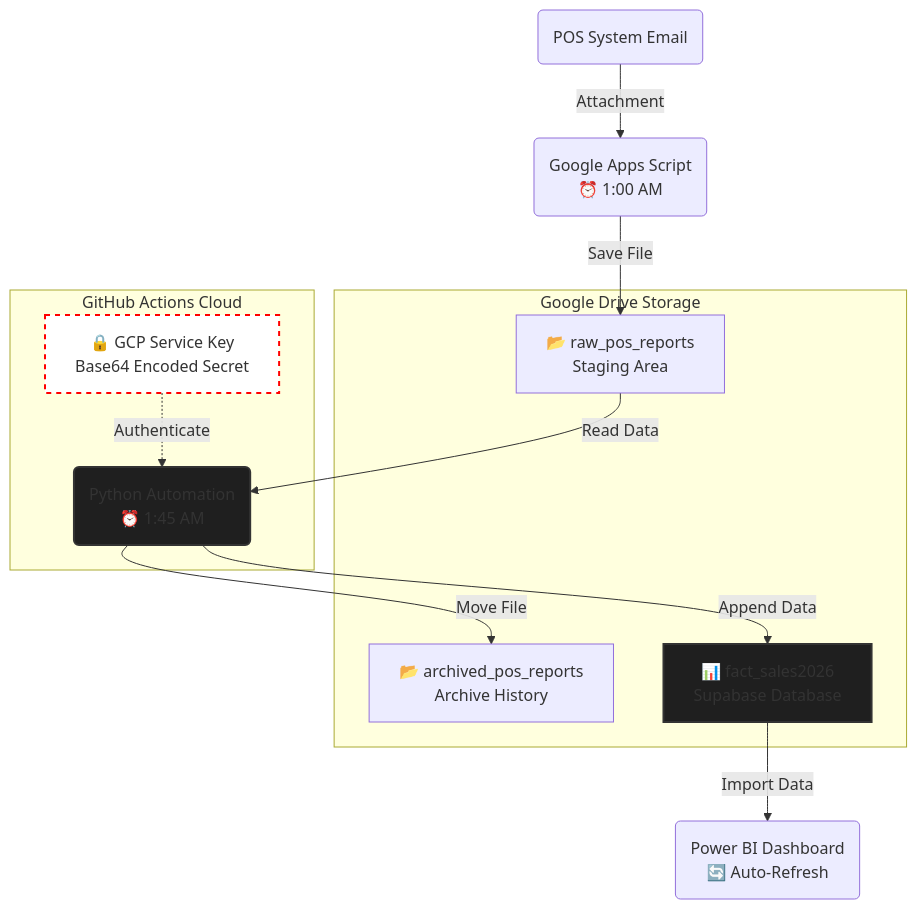
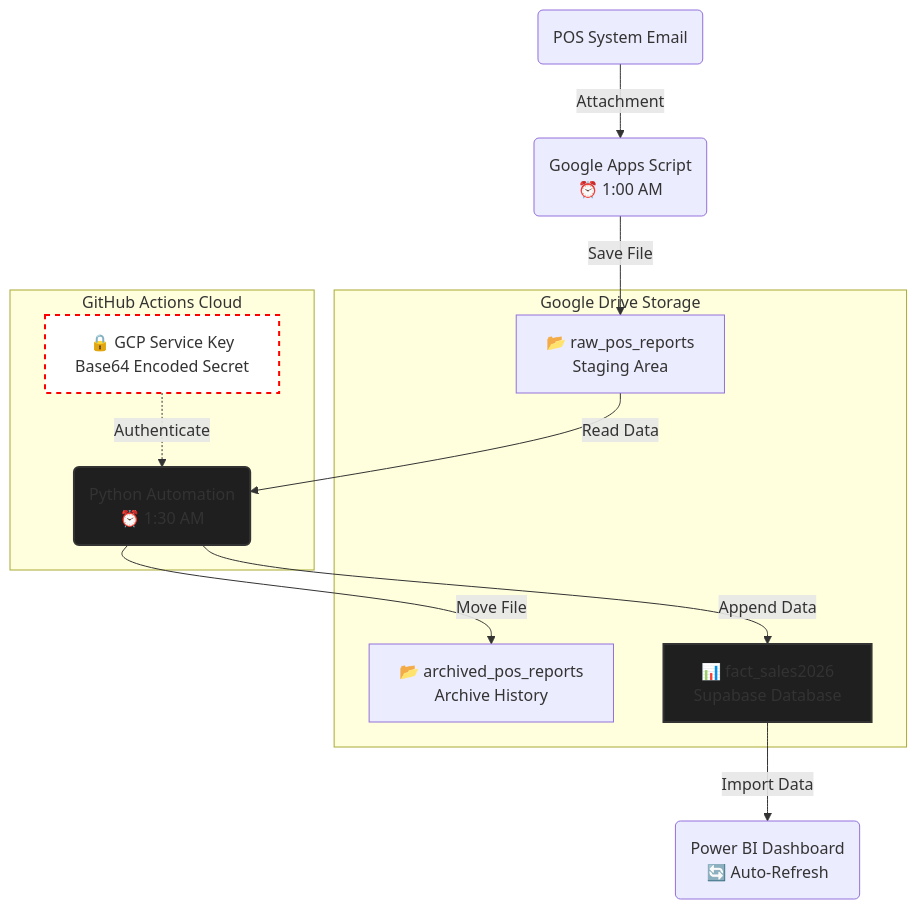
One commit to robimengote/Automated-Cloud-ETL-Pipeline-for-Retail-Sales-Analytics changed the diagram in README.md. Above: the diagram before and after it, drawn with Mermaid.

````diff
--- a/README.md
+++ b/README.md
@@ -27,36 +27,36 @@
 ```mermaid
 graph TD
     %% Nodes
     POS(POS System Email)
     GAS(Google Apps Script <br/> ⏰ 1:00 AM)
     
     subgraph Google_Drive [Google Drive Storage]
         RAW[📂 raw_pos_reports <br/> Staging Area]
         ARCHIVE_POS_REPORTS[📂 archived_pos_reports <br/> Archive History]
         MASTER_REPORT_FILE[📊 fact_sales2026<br/> Supabase Database]
     end
     
     subgraph GitHub_Cloud [GitHub Actions Cloud]
-        PY(Python Automation <br/> ⏰ 1:45 AM)
+        PY(Python Automation <br/> ⏰ 1:30 AM)
         SECRET[🔒 GCP Service Key <br/> Base64 Encoded Secret]
     end
     
     PBI(Power BI Dashboard <br/> 🔄 Auto-Refresh)
     
     %% Connections
     POS -->|Attachment| GAS
     GAS -->|Save File| RAW
     
     RAW -->|Read Data| PY
     SECRET -.->|Authenticate| PY
     
     PY -->|Append Data| MASTER_REPORT_FILE
     PY -->|Move File| ARCHIVE_POS_REPORTS
     
     MASTER_REPORT_FILE -->|Import Data| PBI
     
     %% Styling
     style PY fill:#1F1F1F,stroke:#333,stroke-width:2px
     style MASTER_REPORT_FILE fill:#1F1F1F,stroke:#333,stroke-width:2px
     style SECRET fill:#fff,stroke:#f00,stroke-width:2px,stroke-dasharray: 5 5
 ```
````
